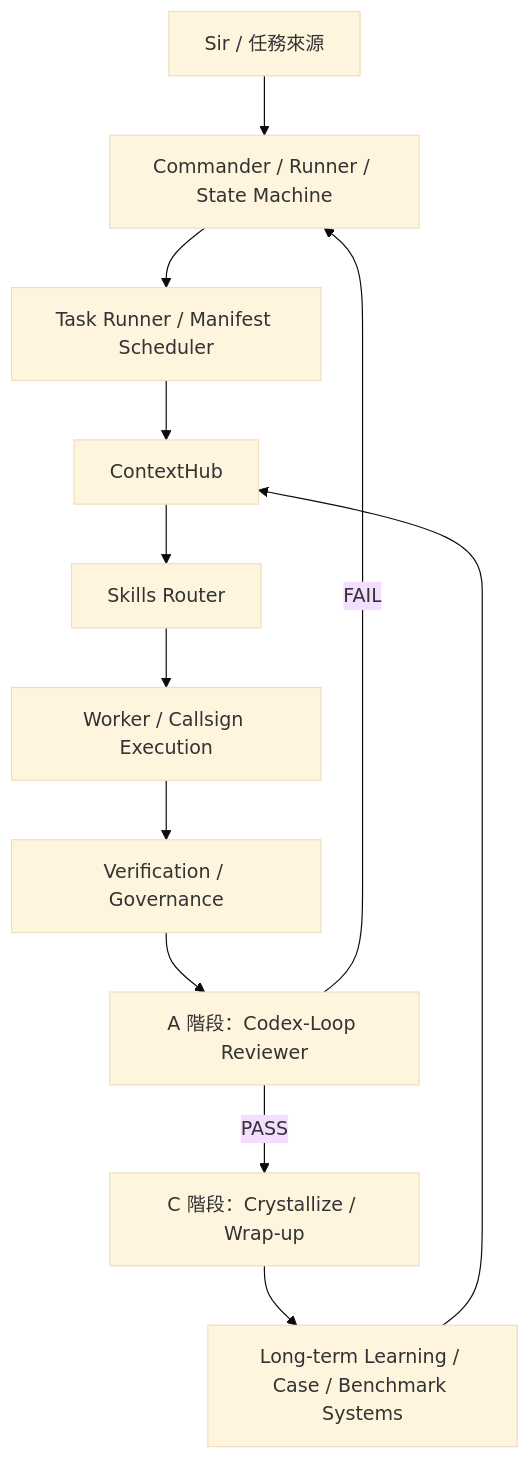
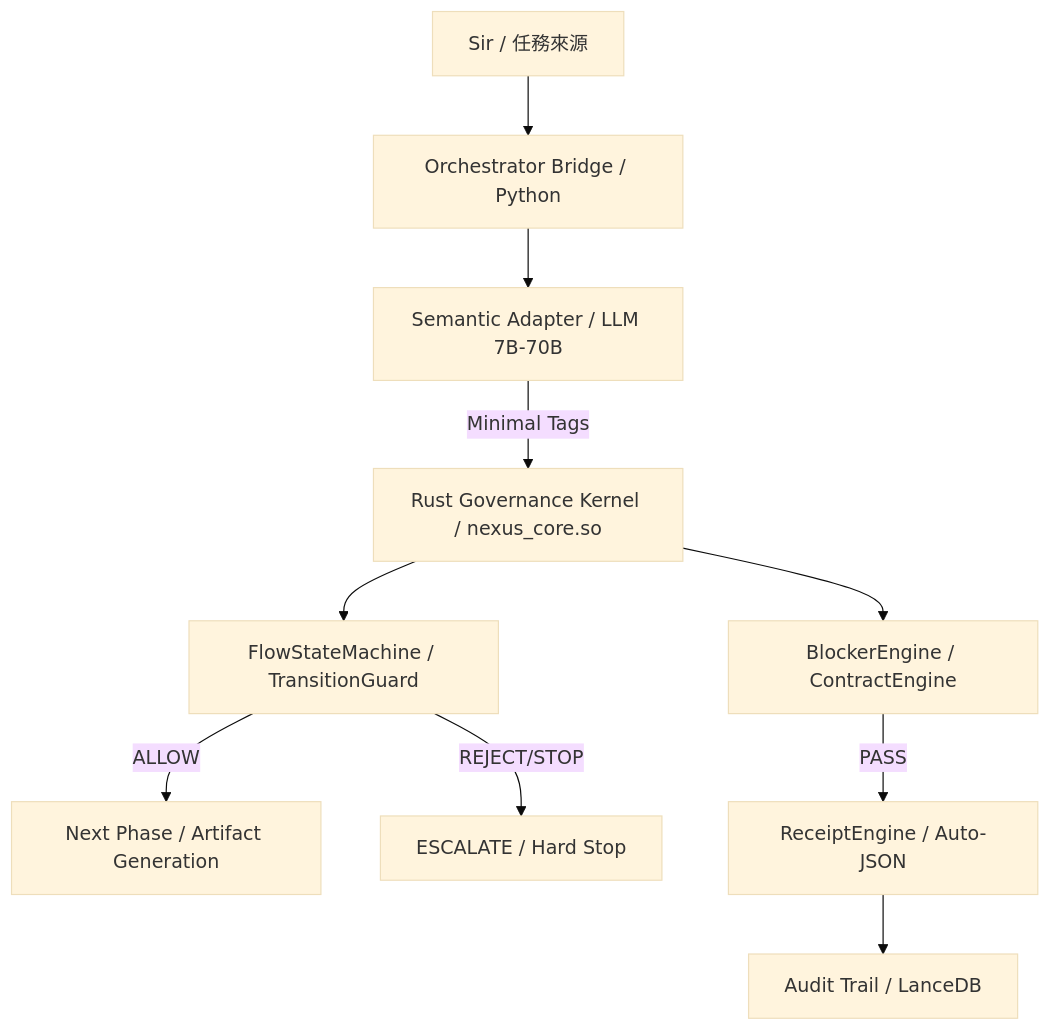
One commit to James3014/Nexus-new changed the diagram in nexus_wiki_vault/01_System/SYSTEM_ARCHITECTURE_BLUEPRINT.md. Above: the diagram before and after it, drawn with Mermaid (base theme). The commit also changed other lines of this file and 2 other files, not shown here.

Commit message:
docs(gov): finalize consolidated governance report v25.2 and sync wiki assets

````diff
--- a/nexus_wiki_vault/01_System/SYSTEM_ARCHITECTURE_BLUEPRINT.md
+++ b/nexus_wiki_vault/01_System/SYSTEM_ARCHITECTURE_BLUEPRINT.md
@@ -53,14 +39,12 @@
 ```mermaid
 graph TD
-    Sir[Sir / 任務來源] --> Commander[Commander / Runner / State Machine]
-    Commander --> TaskRunner[Task Runner / Manifest Scheduler]
-    TaskRunner --> ContextHub[ContextHub]
-    ContextHub --> SkillsRouter[Skills Router]
-    SkillsRouter --> Worker[Worker / Callsign Execution]
-    Worker --> Governance[Verification / Governance]
-    Governance --> Audit[A 階段：Codex-Loop Reviewer]
-    Audit -- PASS --> Crystallize[C 階段：Crystallize / Wrap-up]
-    Audit -- FAIL --> Commander
-    Crystallize --> Learning[Long-term Learning / Case / Benchmark Systems]
-    Learning --> ContextHub
+    Sir[Sir / 任務來源] --> Bridge[Orchestrator Bridge / Python]
+    Bridge --> Semantic[Semantic Adapter / LLM 7B-70B]
+    Semantic -- Minimal Tags --> Kernel[Rust Governance Kernel / nexus_core.so]
+    Kernel --> FSM[FlowStateMachine / TransitionGuard]
+    Kernel --> Validator[BlockerEngine / ContractEngine]
+    FSM -- ALLOW --> Success[Next Phase / Artifact Generation]
+    FSM -- REJECT/STOP --> Fail[ESCALATE / Hard Stop]
+    Validator -- PASS --> Receipt[ReceiptEngine / Auto-JSON]
+    Receipt --> Audit[Audit Trail / LanceDB]
 ```
````
